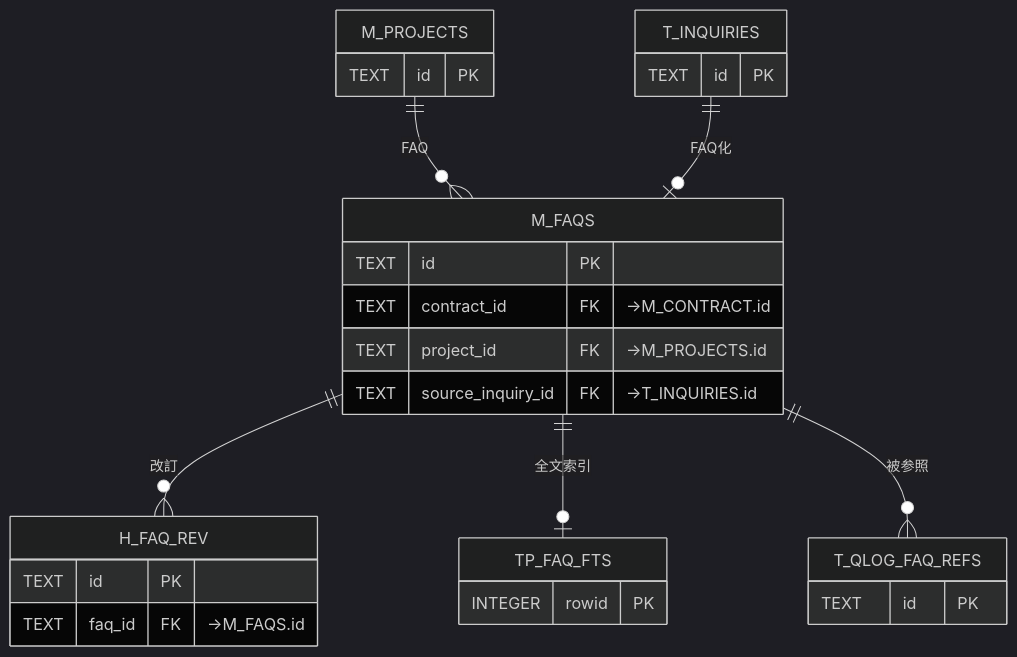
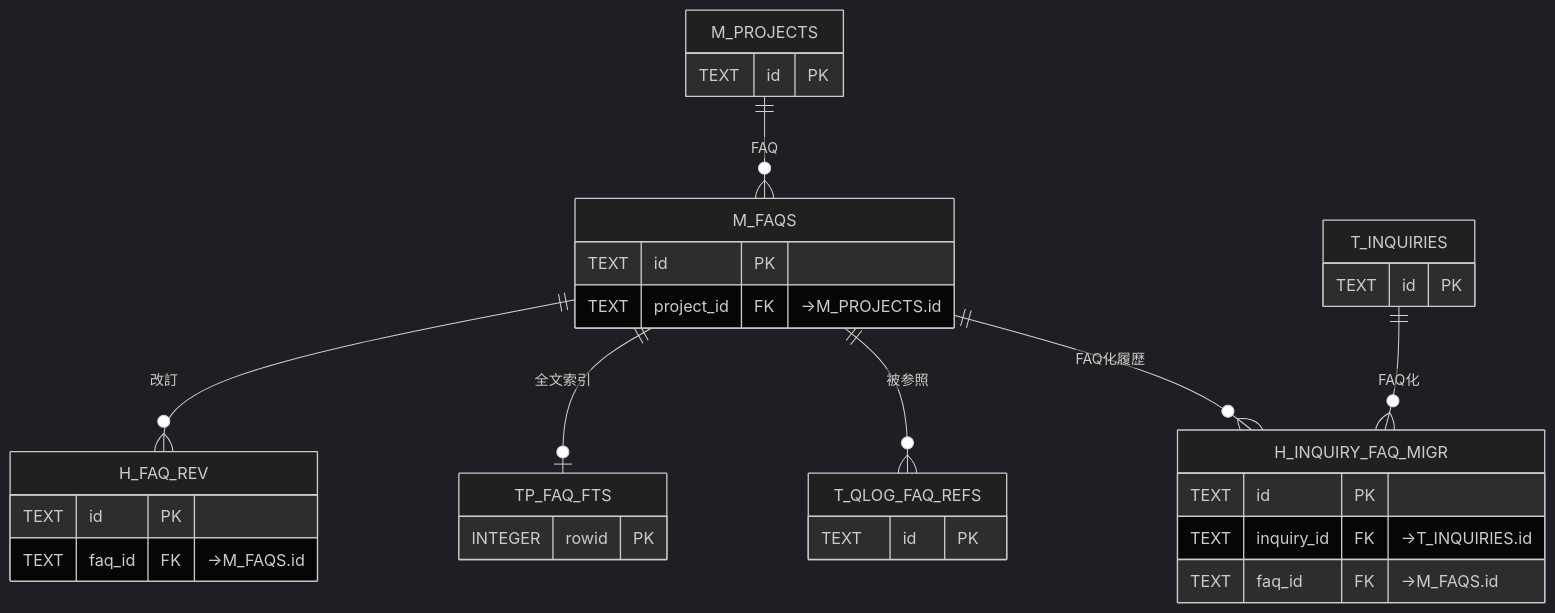
One commit to sikakou54/open-faq changed the sixth of 12 diagrams in 02_basic-design/03_database-design.md. Above: the diagram before and after it, drawn with Mermaid (dark theme). The commit also changed other lines of this file and 5 other files, not shown here.

First line of the commit message:
DB設計: M_FAQSからcontract_id/source_inquiry_idを削除し、FAQ化を履歴テーブル化

````diff
--- a/02_basic-design/03_database-design.md
+++ b/02_basic-design/03_database-design.md
@@ -193,18 +194,20 @@
 ```mermaid
 erDiagram
   M_FAQS { TEXT id PK
-    TEXT contract_id FK "→M_CONTRACT.id"
-    TEXT project_id FK "→M_PROJECTS.id"
-    TEXT source_inquiry_id FK "→T_INQUIRIES.id" }
+    TEXT project_id FK "→M_PROJECTS.id" }
   H_FAQ_REV { TEXT id PK
     TEXT faq_id FK "→M_FAQS.id" }
   TP_FAQ_FTS { INTEGER rowid PK }
+  H_INQUIRY_FAQ_MIGR { TEXT id PK
+    TEXT inquiry_id FK "→T_INQUIRIES.id"
+    TEXT faq_id FK "→M_FAQS.id" }
   M_PROJECTS { TEXT id PK }
   T_INQUIRIES { TEXT id PK }
   T_QLOG_FAQ_REFS { TEXT id PK }
   M_PROJECTS ||--o{ M_FAQS : "FAQ"
-  T_INQUIRIES ||--o| M_FAQS : "FAQ化"
   M_FAQS ||--o{ H_FAQ_REV : "改訂"
   M_FAQS ||--o| TP_FAQ_FTS : "全文索引"
   M_FAQS ||--o{ T_QLOG_FAQ_REFS : "被参照"
+  T_INQUIRIES ||--o{ H_INQUIRY_FAQ_MIGR : "FAQ化"
+  M_FAQS ||--o{ H_INQUIRY_FAQ_MIGR : "FAQ化履歴"
 ```
````
